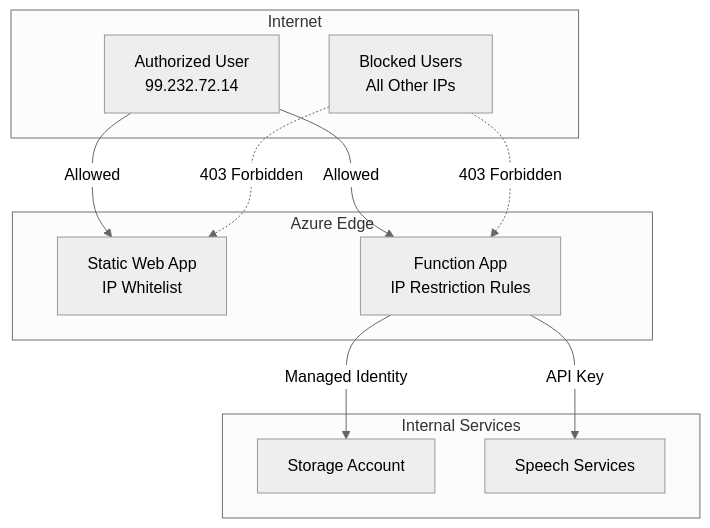
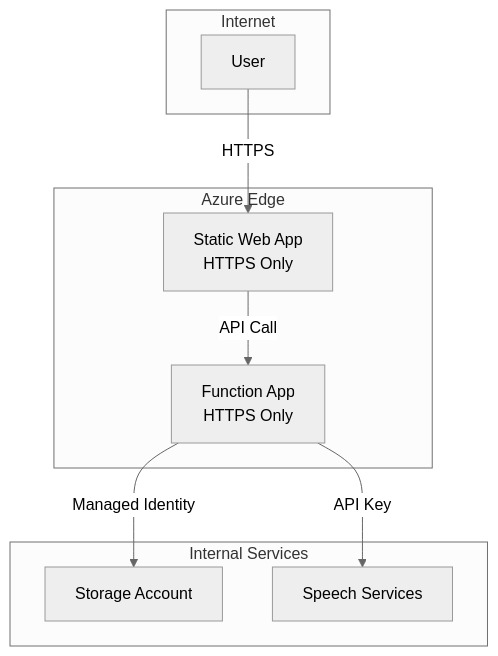
One commit to haslam93/FY26AMA-Capstone-AI-Video-Translation changed diagram 13 of 13 in docs/architecture.md. Above: the diagram before and after it, drawn with Mermaid (neutral theme). The commit also changed other lines of this file and 10 other files, not shown here.

````diff
--- a/docs/architecture.md
+++ b/docs/architecture.md
@@ -776,24 +774,21 @@
 ```mermaid
 graph TB
     subgraph "Internet"
-        User[Authorized User<br/>99.232.72.14]
-        Blocked[Blocked Users<br/>All Other IPs]
+        User[User]
     end
     
     subgraph "Azure Edge"
-        SWA[Static Web App<br/>IP Whitelist]
-        FA[Function App<br/>IP Restriction Rules]
+        SWA[Static Web App<br/>HTTPS Only]
+        FA[Function App<br/>HTTPS Only]
     end
     
     subgraph "Internal Services"
         Storage[Storage Account]
         Speech[Speech Services]
     end
     
-    User -->|Allowed| SWA
-    User -->|Allowed| FA
-    Blocked -.->|403 Forbidden| SWA
-    Blocked -.->|403 Forbidden| FA
+    User -->|HTTPS| SWA
+    SWA -->|API Call| FA
     FA -->|Managed Identity| Storage
     FA -->|API Key| Speech
 ```
````
